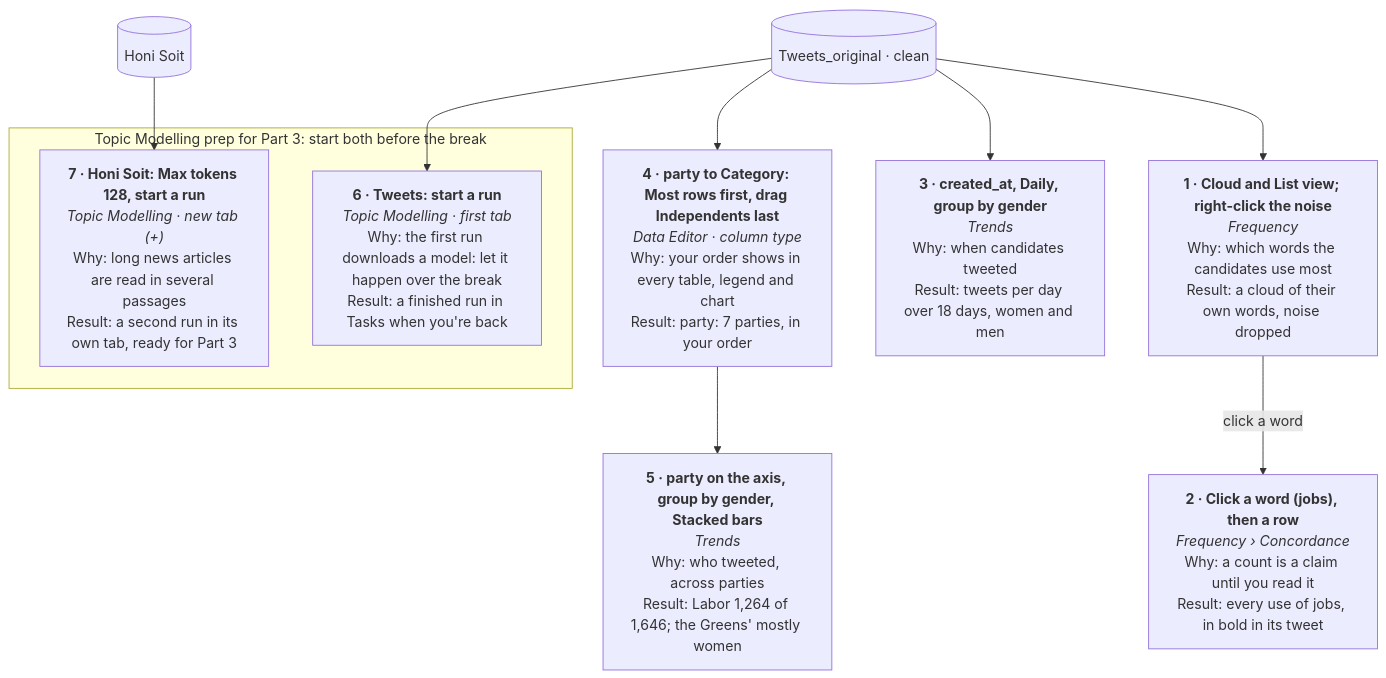
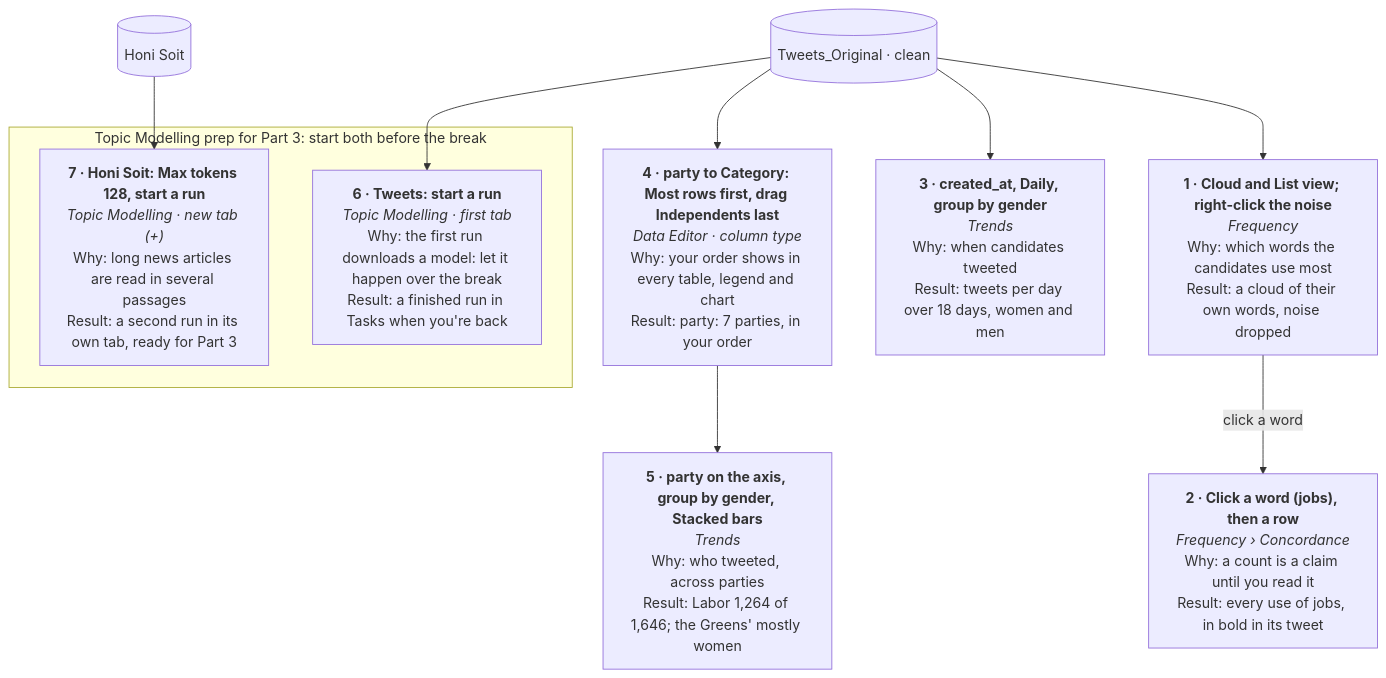
The second of 4 diagrams in participant/hands-on-melbourne.md (milysun/wordflow-workshop), drawn with Mermaid before and after one commit. The commit also changed other lines of this file and 14 other files, not shown here.

````diff
--- a/participant/hands-on-melbourne.md
+++ b/participant/hands-on-melbourne.md
@@ -93,40 +93,40 @@
 ```mermaid
 flowchart TD
-  src[("Tweets_original · clean")]
+  src[("Tweets_Original · clean")]
   s1["`**1 · Cloud and List view; right-click the noise**
 *Frequency*
 Why: which words the candidates use most
 Result: a cloud of their own words, noise dropped`"]
   s2["`**2 · Click a word (jobs), then a row**
 *Frequency › Concordance*
 Why: a count is a claim until you read it
 Result: every use of jobs, in bold in its tweet`"]
   s3["`**3 · created_at, Daily, group by gender**
 *Trends*
 Why: when candidates tweeted
 Result: tweets per day over 18 days, women and men`"]
   s4["`**4 · party to Category: Most rows first, drag Independents last**
 *Data Editor · column type*
 Why: your order shows in every table, legend and chart
 Result: party: 7 parties, in your order`"]
   s5["`**5 · party on the axis, group by gender, Stacked bars**
 *Trends*
 Why: who tweeted, across parties
 Result: Labor 1,264 of 1,646; the Greens' mostly women`"]
   honi[("Honi Soit")]
   subgraph prep ["Topic Modelling prep for Part 3: start both before the break"]
     s6["`**6 · Tweets: start a run**
 *Topic Modelling · first tab*
 Why: the first run downloads a model: let it happen over the break
 Result: a finished run in Tasks when you're back`"]
     s7["`**7 · Honi Soit: Max tokens 128, start a run**
 *Topic Modelling · new tab (+)*
 Why: long news articles are read in several passages
 Result: a second run in its own tab, ready for Part 3`"]
   end
   src --> s1 -->|click a word| s2
   src --> s3
   src --> s4 --> s5
   src --> s6
   honi --> s7
 ```
````
